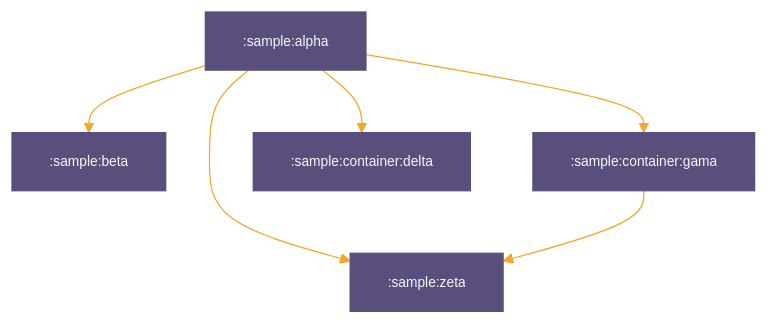
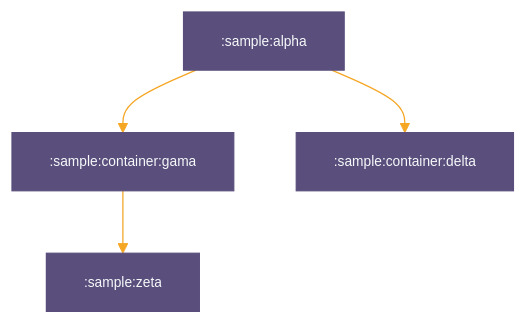
The diagram in sample/README.md (iurysza/module-graph), drawn with Mermaid before and after one commit. The commit also changed 4 other files, not shown here.

````diff
--- a/sample/README.md
+++ b/sample/README.md
@@ -3,15 +3,13 @@
 ```mermaid
 %%{
   init: {
     'theme': 'base',
 	'themeVariables': {"primaryTextColor":"#F6F8FAff","primaryColor":"#5a4f7c","primaryBorderColor":"#5a4f7c","lineColor":"#f5a623","tertiaryColor":"#40375c","fontSize":"11px"}
   }
 }%%
 
 graph TB
-  :sample:alpha --> :sample:zeta
-  :sample:alpha --> :sample:beta
   :sample:alpha --> :sample:container:gama
   :sample:alpha --> :sample:container:delta
   :sample:container:gama --> :sample:zeta
 ```
````
